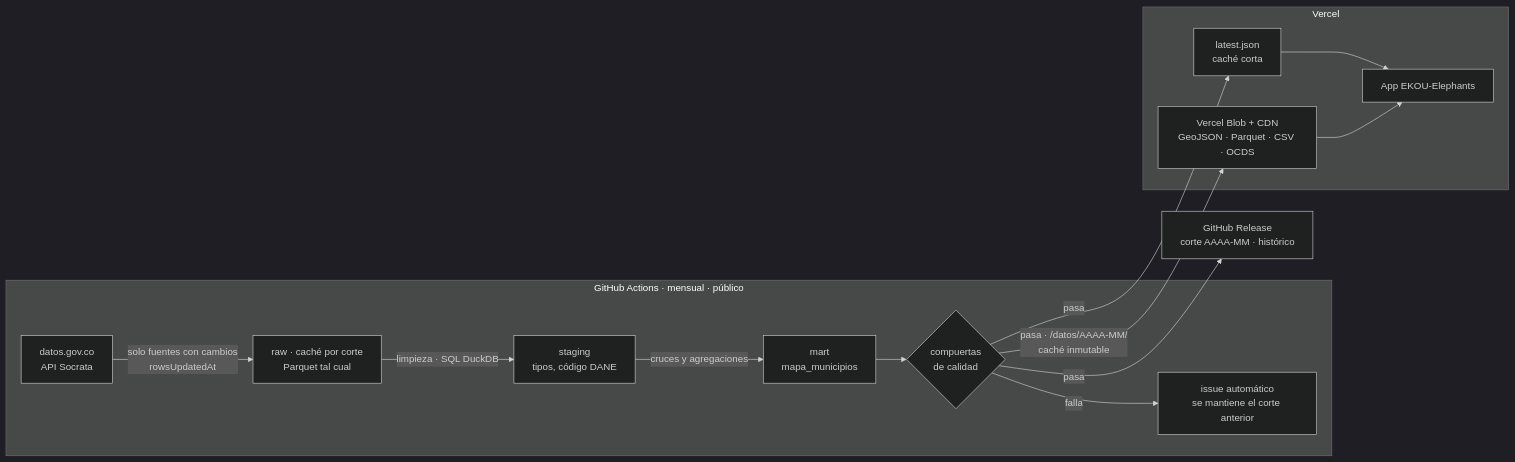
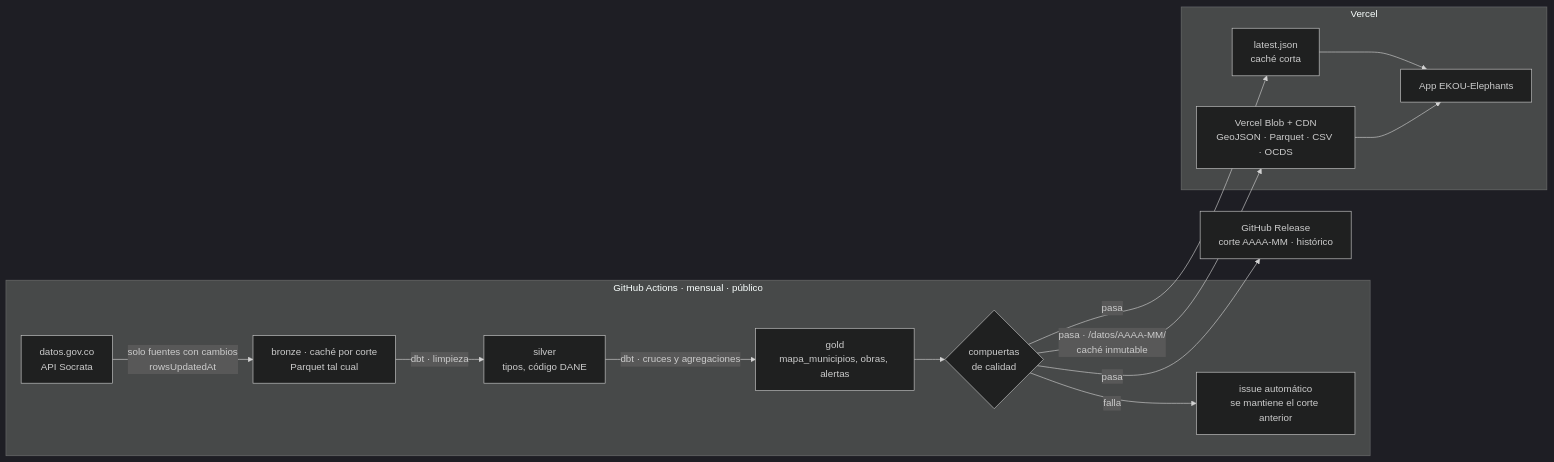
The diagram in docs/adr/0001-ingesta-de-datos.md (EKOU-Solutions/EKOU-Elephants), drawn with Mermaid (dark theme) before and after one commit. The commit also changed other lines of this file, not shown here.

````diff
--- a/docs/adr/0001-ingesta-de-datos.md
+++ b/docs/adr/0001-ingesta-de-datos.md
@@ -278,17 +350,17 @@
 ```mermaid
 flowchart LR
   subgraph GH[GitHub Actions · mensual · público]
-    API[datos.gov.co<br/>API Socrata] -->|solo fuentes con cambios<br/>rowsUpdatedAt| RAW[raw · caché por corte<br/>Parquet tal cual]
-    RAW -->|limpieza · SQL DuckDB| STG[staging<br/>tipos, código DANE]
-    STG -->|cruces y agregaciones| MART[mart<br/>mapa_municipios]
+    API[datos.gov.co<br/>API Socrata] -->|solo fuentes con cambios<br/>rowsUpdatedAt| RAW[bronze · caché por corte<br/>Parquet tal cual]
+    RAW -->|dbt · limpieza| STG[silver<br/>tipos, código DANE]
+    STG -->|dbt · cruces y agregaciones| MART[gold<br/>mapa_municipios, obras, alertas]
     MART --> QA{compuertas<br/>de calidad}
     QA -->|falla| ISSUE[issue automático<br/>se mantiene el corte anterior]
   end
   QA -->|pasa| REL[GitHub Release<br/>corte AAAA-MM · histórico]
   subgraph V[Vercel]
     QA -->|pasa · /datos/AAAA-MM/<br/>caché inmutable| BLOB[Vercel Blob + CDN<br/>GeoJSON · Parquet · CSV · OCDS]
     QA -->|pasa| LATEST[latest.json<br/>caché corta]
     LATEST --> APP[App EKOU-Elephants]
     BLOB --> APP
   end
 ```
````
